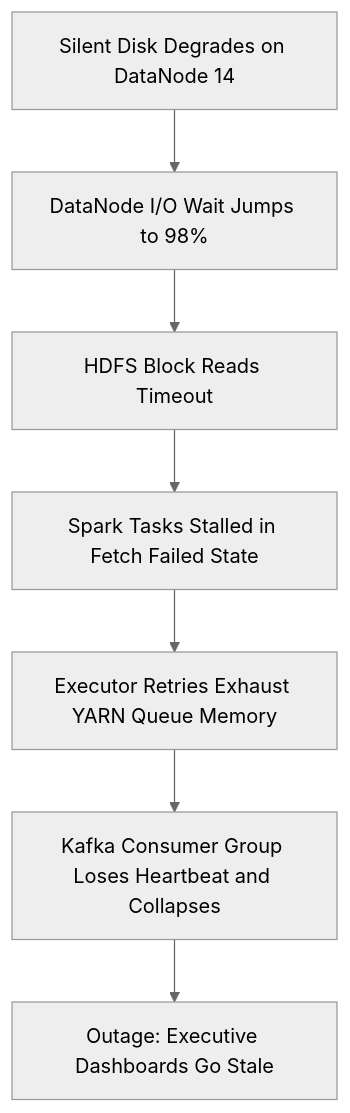
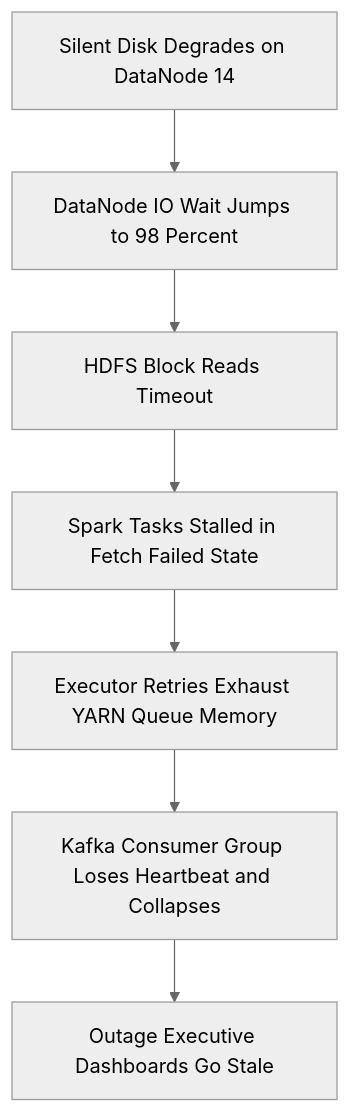
The second of 6 diagrams in Day-28-Platform-Observability/README.md (userhimanshuverma/30_Days_of_Modern_Hadoop_Ecosystem), drawn with Mermaid (neutral theme) before and after one commit. The commit also changed other lines of this file and 5 other files, not shown here.

Commit message:
fix(day-28): Simplify Mermaid diagram syntax to ensure 100% visual rendering in GitHub UI

````diff
--- a/Day-28-Platform-Observability/README.md
+++ b/Day-28-Platform-Observability/README.md
@@ -102,9 +102,9 @@
 ```mermaid
-flowchart TD
-    A["Silent Disk Degrades on DataNode 14"] --> B["DataNode I/O Wait Jumps to 98%"]
-    B --> C["HDFS Block Reads Timeout"]
-    C --> D["Spark Tasks Stalled in Fetch Failed State"]
-    D --> E["Executor Retries Exhaust YARN Queue Memory"]
-    E --> F["Kafka Consumer Group Loses Heartbeat and Collapses"]
-    F --> G["Outage: Executive Dashboards Go Stale"]
+graph TD
+    A[Silent Disk Degrades on DataNode 14] --> B[DataNode IO Wait Jumps to 98 Percent]
+    B --> C[HDFS Block Reads Timeout]
+    C --> D[Spark Tasks Stalled in Fetch Failed State]
+    D --> E[Executor Retries Exhaust YARN Queue Memory]
+    E --> F[Kafka Consumer Group Loses Heartbeat and Collapses]
+    F --> G[Outage Executive Dashboards Go Stale]
 ```
````
